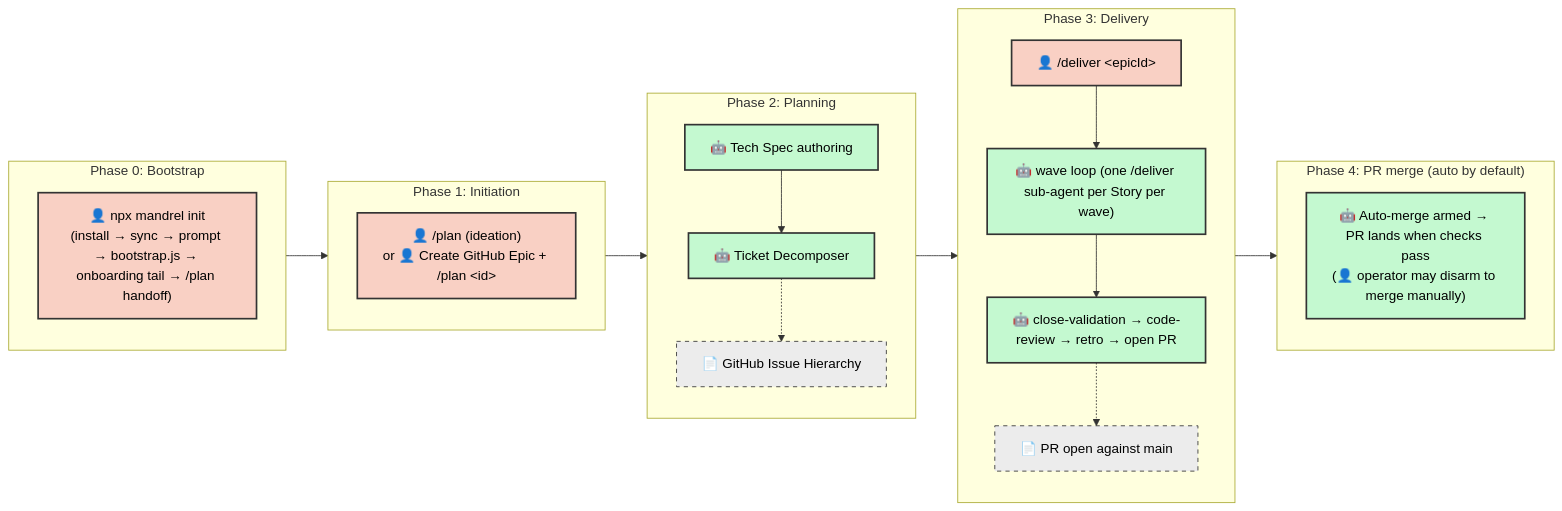
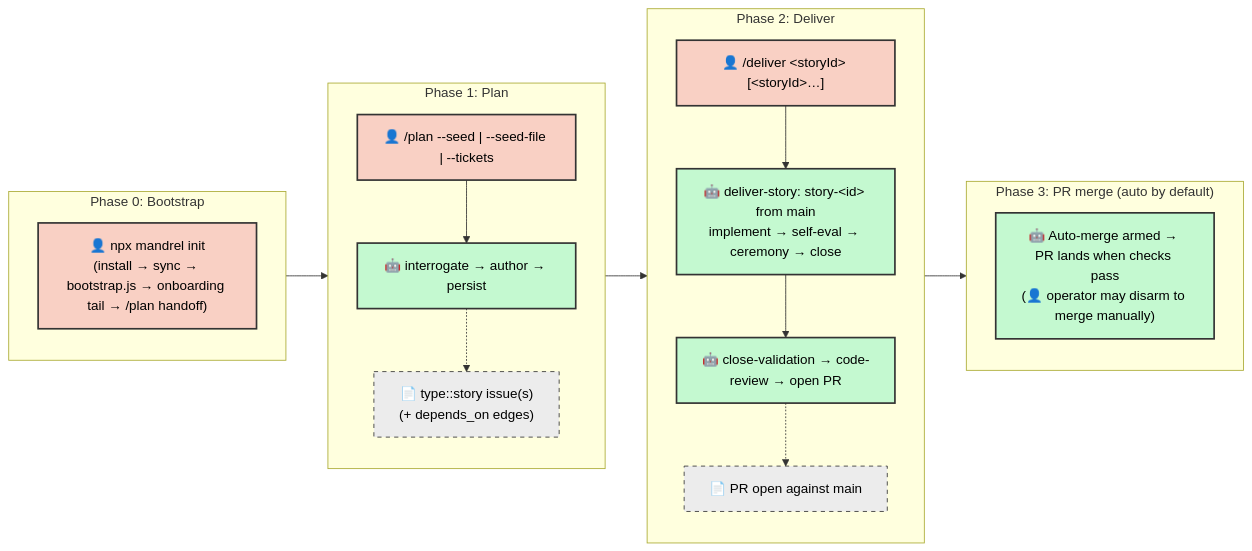
One commit to dsj1984/mandrel-bench changed the diagram in .agents/docs/SDLC.md. Above: the diagram before and after it, drawn with Mermaid. The commit also changed other lines of this file and 712 other files, not shown here.

First line of the commit message:
chore: mandrel v2.7.0 upgrade + multi-story harness + N=1 cohort (#152)

````diff
--- a/.agents/docs/SDLC.md
+++ b/.agents/docs/SDLC.md
@@ -205,43 +178,37 @@
 ```mermaid
 graph LR
     classDef manual fill:#f9d0c4,stroke:#333,stroke-width:2px,color:#000;
     classDef agentic fill:#c4f9d0,stroke:#333,stroke-width:2px,color:#000;
     classDef artifact fill:#ececec,stroke:#333,stroke-width:1px,stroke-dasharray: 5 5,color:#000;
 
     subgraph Phase0 ["Phase 0: Bootstrap"]
         direction TB
-        Z["👤 npx mandrel init<br/>(install → sync → prompt → bootstrap.js → onboarding tail → /plan handoff)"]:::manual
+        Z["👤 npx mandrel init<br/>(install → sync → bootstrap.js → onboarding tail → /plan handoff)"]:::manual
     end
 
-    subgraph Phase1 ["Phase 1: Initiation"]
+    subgraph Phase1 ["Phase 1: Plan"]
         direction TB
-        A["👤 /plan (ideation)<br/>or 👤 Create GitHub Epic + /plan &lt;id&gt;"]:::manual
+        A["👤 /plan --seed | --seed-file | --tickets"]:::manual
+        B["🤖 interrogate → author → persist"]:::agentic
+        A --> B
+        B -.-> B_Art["📄 type::story issue(s)<br/>(+ depends_on edges)"]:::artifact
     end
 
-    subgraph Phase2 ["Phase 2: Planning"]
+    subgraph Phase2 ["Phase 2: Deliver"]
         direction TB
-        C["🤖 Tech Spec authoring"]:::agentic
-        D["🤖 Ticket Decomposer"]:::agentic
-        C --> D
-        D -.-> D_Art["📄 GitHub Issue Hierarchy"]:::artifact
-    end
-
-    subgraph Phase3 ["Phase 3: Delivery"]
-        direction TB
-        E["👤 /deliver &lt;epicId&gt;"]:::manual
-        F["🤖 wave loop (one /deliver sub-agent per Story per wave)"]:::agentic
-        G["🤖 close-validation → code-review → retro → open PR"]:::agentic
+        E["👤 /deliver &lt;storyId&gt; [&lt;storyId&gt;…]"]:::manual
+        F["🤖 deliver-story: story-&lt;id&gt; from main<br/>implement → self-eval → ceremony → close"]:::agentic
+        G["🤖 close-validation → code-review → open PR"]:::agentic
         E --> F --> G
         G -.-> G_Art["📄 PR open against main"]:::artifact
     end
 
-    subgraph Phase4 ["Phase 4: PR merge (auto by default)"]
+    subgraph Phase3 ["Phase 3: PR merge (auto by default)"]
         direction TB
         H["🤖 Auto-merge armed → PR lands when checks pass<br/>(👤 operator may disarm to merge manually)"]:::agentic
     end
 
     Z --> A
-    A --> C
-    D --> E
+    B --> E
     G --> H
 ```
````
